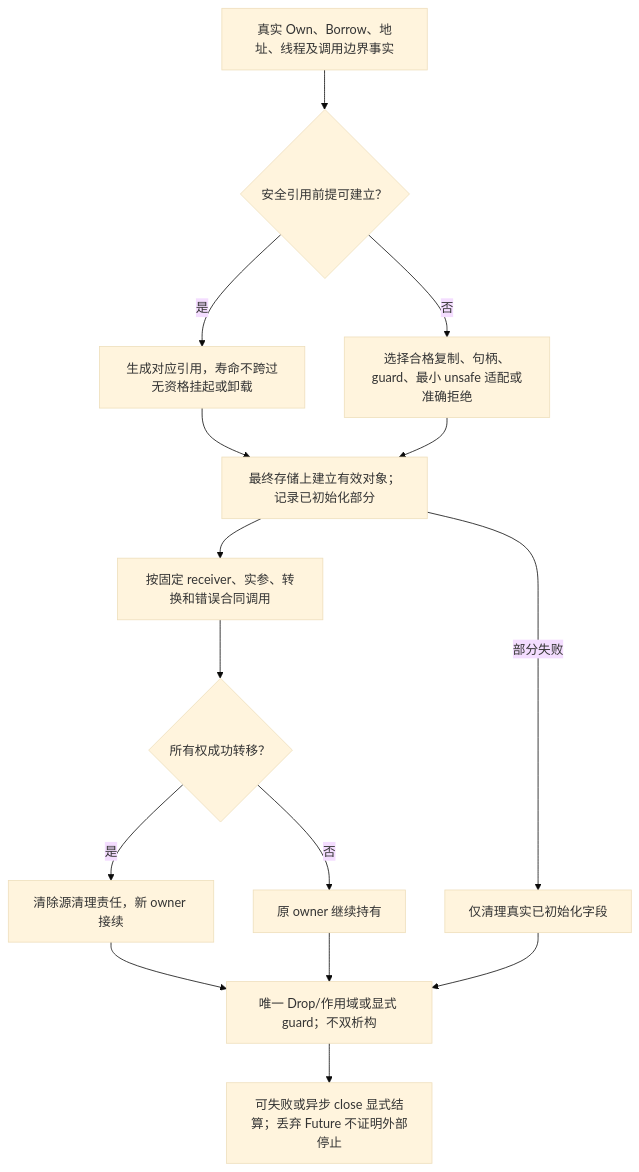
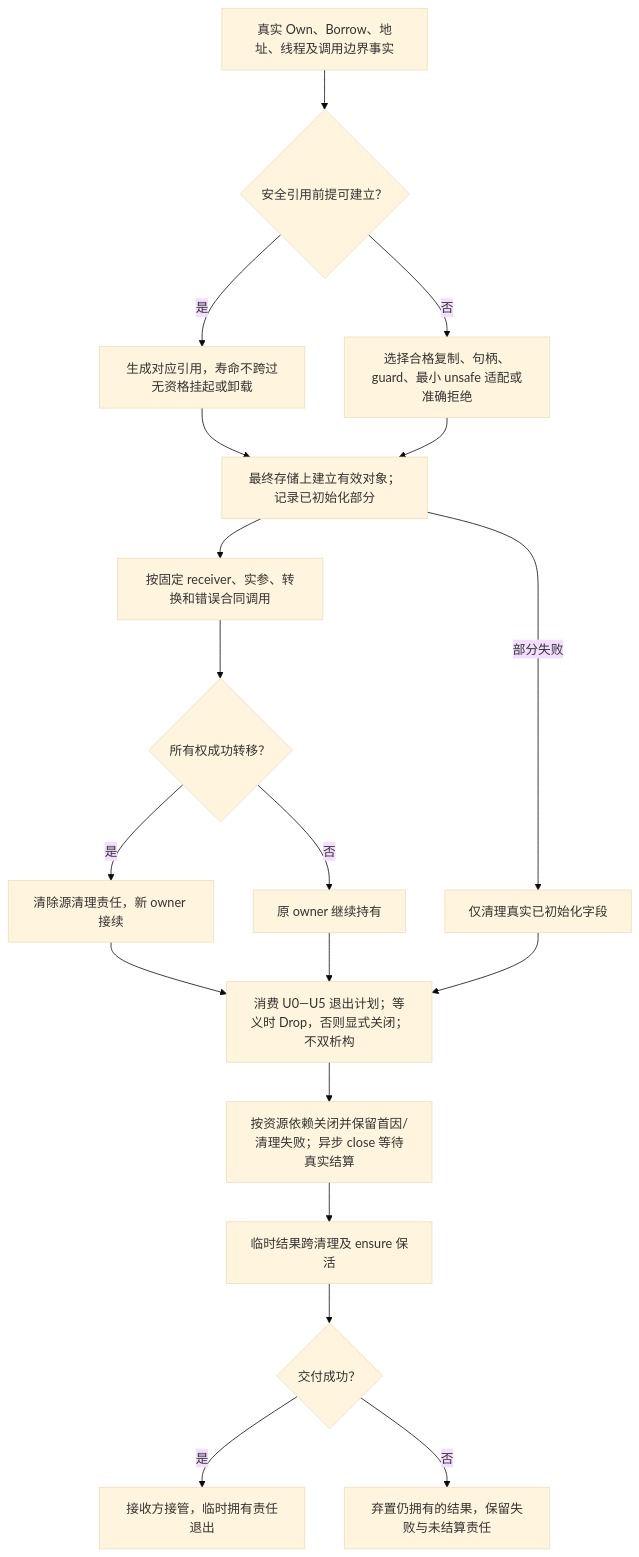
Before and after one commit to sec-platform/sec: the second of 4 diagrams in docs/编译/目标/Rust目标画像与降低.md, drawn with Mermaid (base theme). The commit also changed other lines of this file and 17 other files, not shown here.

````diff
--- a/docs/编译/目标/Rust目标画像与降低.md
+++ b/docs/编译/目标/Rust目标画像与降低.md
@@ -135,17 +141,21 @@
 ```mermaid
 flowchart TD
   facts["真实 Own、Borrow、地址、线程及调用边界事实"] --> refs{"安全引用前提可建立？"}
   refs -->|是| safe["生成对应引用，寿命不跨过无资格挂起或卸载"]
   refs -->|否| alternate["选择合格复制、句柄、guard、最小 unsafe 适配或准确拒绝"]
   safe --> init["最终存储上建立有效对象；记录已初始化部分"]
   alternate --> init
   init --> live["按固定 receiver、实参、转换和错误合同调用"]
   live --> move{"所有权成功转移？"}
   move -->|是| transferred["清除源清理责任，新 owner 接续"]
   move -->|否| retained["原 owner 继续持有"]
-  transferred --> cleanup["唯一 Drop/作用域或显式 guard；不双析构"]
+  transferred --> cleanup["消费 U0—U5 退出计划；等义时 Drop，否则显式关闭；不双析构"]
   retained --> cleanup
   init -->|部分失败| partial["仅清理真实已初始化字段"]
   partial --> cleanup
-  cleanup --> close["可失败或异步 close 显式结算；丢弃 Future 不证明外部停止"]
+  cleanup --> close["按资源依赖关闭并保留首因/清理失败；异步 close 等待真实结算"]
+  close --> pending["临时结果跨清理及 ensure 保活"]
+  pending --> delivery{"交付成功？"}
+  delivery -->|是| receiver["接收方接管，临时拥有责任退出"]
+  delivery -->|否| discard["弃置仍拥有的结果，保留失败与未结算责任"]
 ```
````
